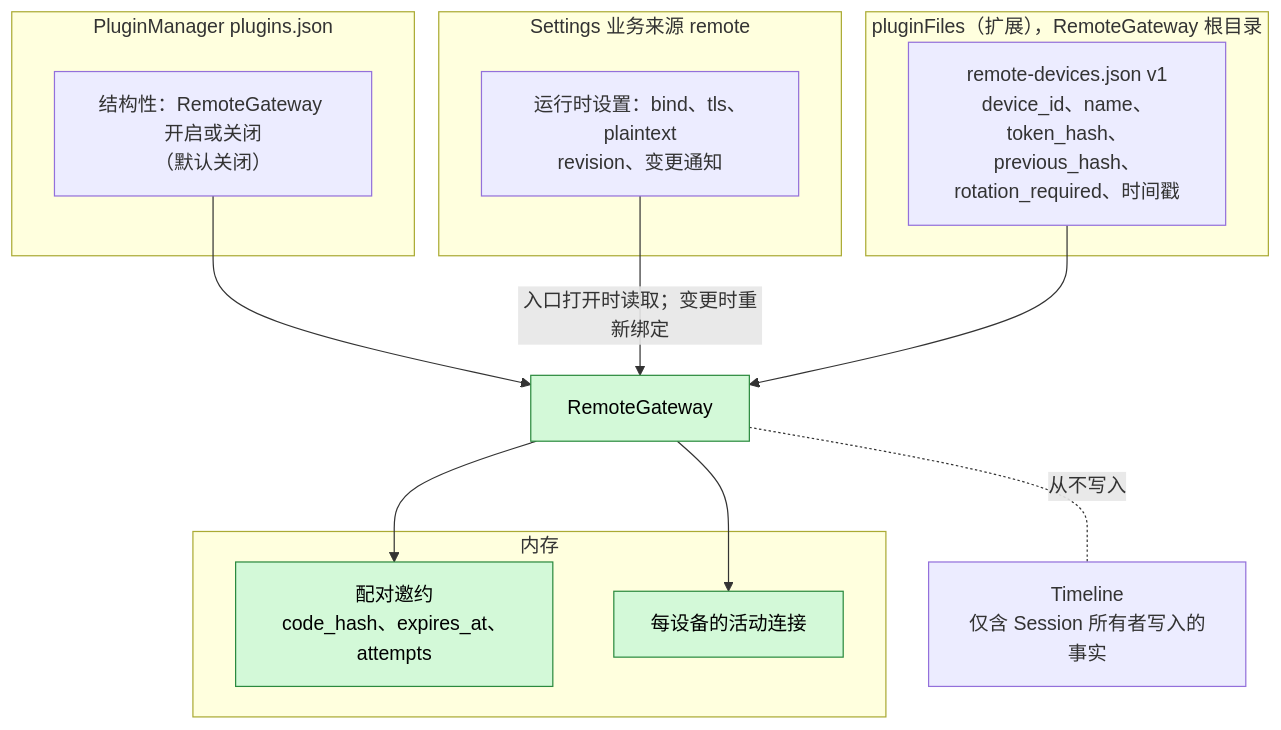
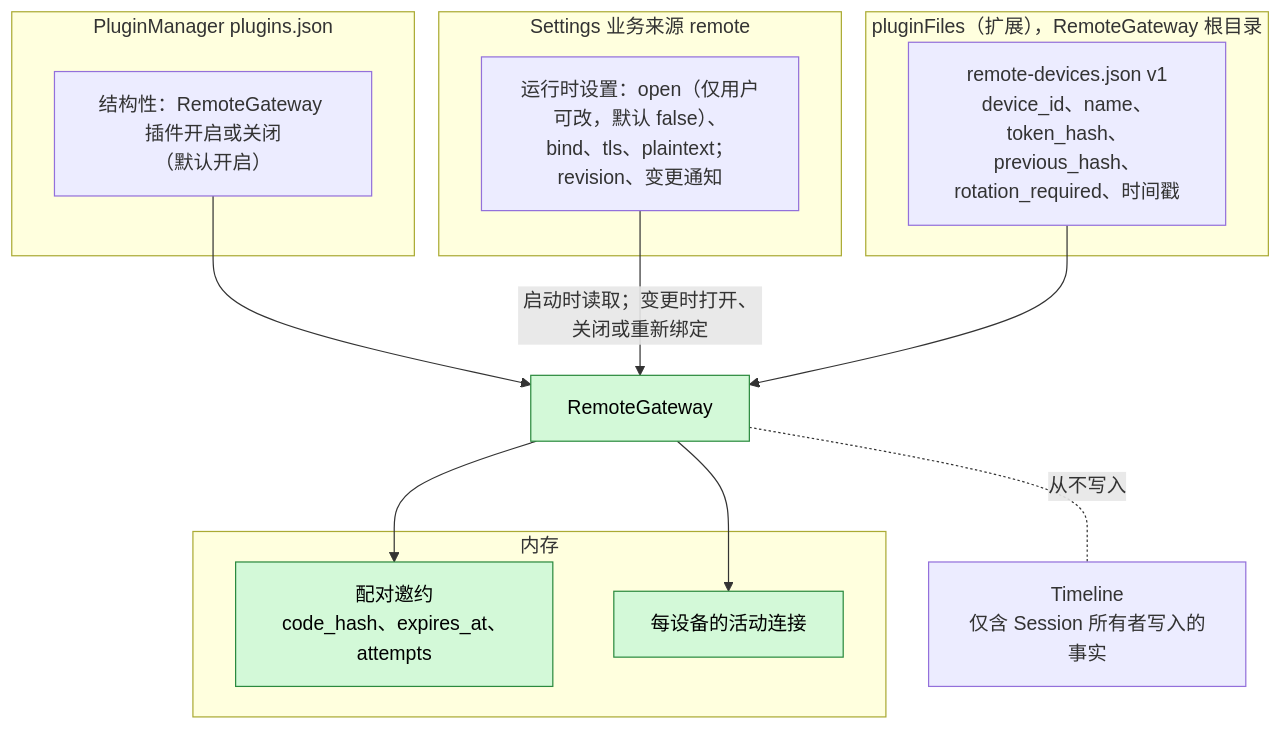
One commit to CoutinhoTTS/dim-agent changed the second of 6 diagrams in docs/zh/design/plugins/RemoteGateway.md. Above: the diagram before and after it, drawn with Mermaid. The commit also changed other lines of this file and 4 other files, not shown here.

````diff
--- a/docs/zh/design/plugins/RemoteGateway.md
+++ b/docs/zh/design/plugins/RemoteGateway.md
@@ -49,24 +49,24 @@
 ```mermaid
 flowchart TB
   subgraph LEL["PluginManager plugins.json"]
-    CFG["结构性：RemoteGateway 开启或关闭<br/>（默认关闭）"]
+    CFG["结构性：RemoteGateway 插件开启或关闭<br/>（默认开启）"]
   end
   subgraph BS["Settings 业务来源 remote"]
-    RS["运行时设置：bind、tls、plaintext<br/>revision、变更通知"]
+    RS["运行时设置：open（仅用户可改，默认 false）、<br/>bind、tls、plaintext；revision、变更通知"]
   end
   subgraph PS["pluginFiles（扩展），RemoteGateway 根目录"]
     DEVS["remote-devices.json v1<br/>device_id、name、token_hash、<br/>previous_hash、rotation_required、时间戳"]
   end
   subgraph MEM["内存"]
     OFF["配对邀约<br/>code_hash、expires_at、attempts"]:::new
     LIVE["每设备的活动连接"]:::new
   end
   TL["Timeline<br/>仅含 Session 所有者写入的事实"]
   CFG --> RG["RemoteGateway"]:::new
-  RS -->|"入口打开时读取；变更时重新绑定"| RG
+  RS -->|"启动时读取；变更时打开、关闭或重新绑定"| RG
   DEVS --> RG
   RG --> OFF
   RG --> LIVE
   RG -.-|"从不写入"| TL
   classDef new fill:#d3f9d8,stroke:#2b8a3e,color:#000
 ```
````
